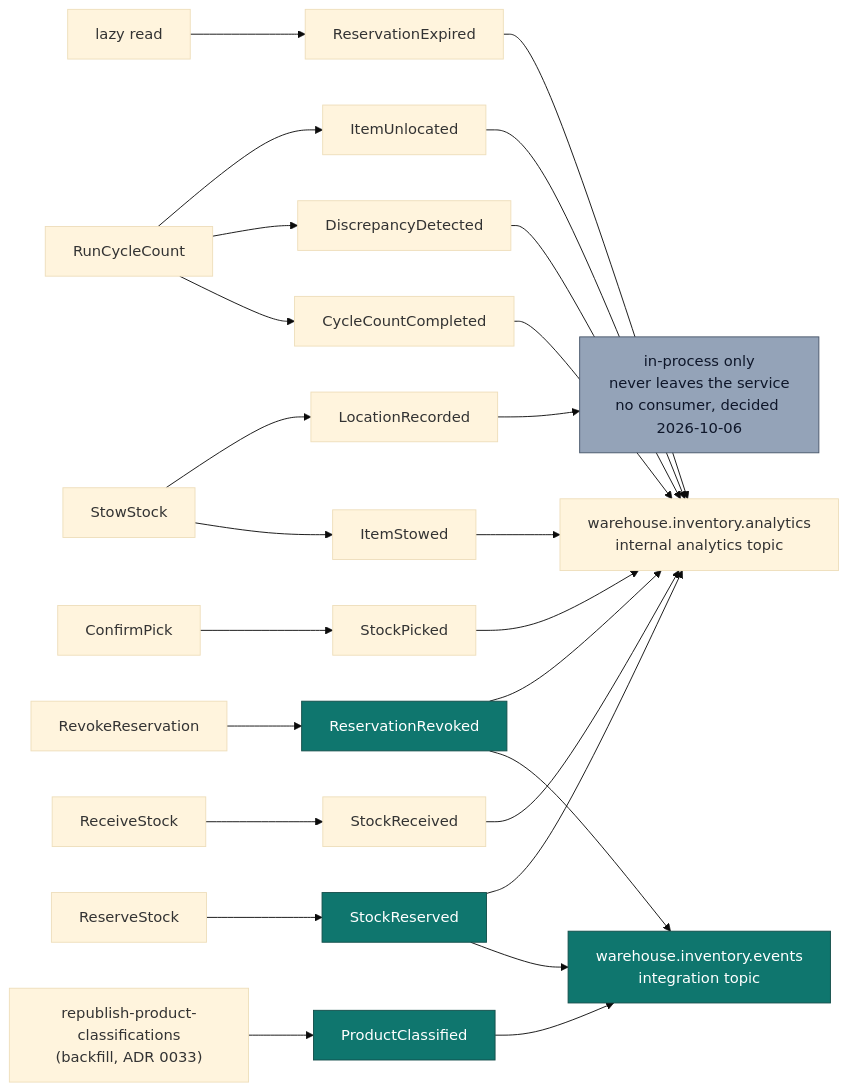
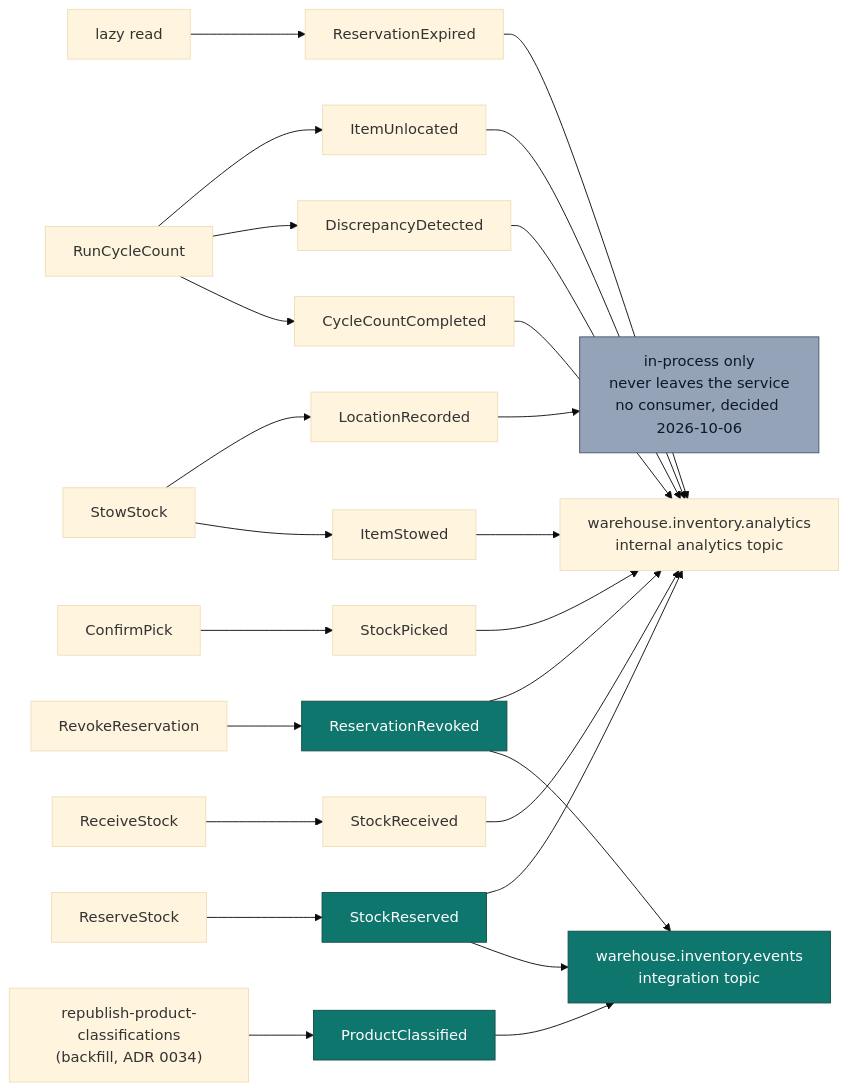
Before and after one commit to IQVO/inventory-storage: the diagram in docs/docs/ddd/domain-events.md, drawn with Mermaid (base theme). The commit also changed other lines of this file and 45 other files, not shown here.

````diff
--- a/docs/docs/ddd/domain-events.md
+++ b/docs/docs/ddd/domain-events.md
@@ -44,23 +44,23 @@
 ```mermaid
 flowchart LR
   RS["ReceiveStock"] --> E1["StockReceived"]
   SS["StowStock"] --> E2["ItemStowed"]
   SS --> E3["LocationRecorded"]
   RES["ReserveStock"] --> E4["StockReserved"]
   REV["RevokeReservation"] --> E5["ReservationRevoked"]
   CP["ConfirmPick"] --> E6["StockPicked"]
   CC["RunCycleCount"] --> E7["CycleCountCompleted"]
   CC --> E8["DiscrepancyDetected"]
   CC --> E9["ItemUnlocated"]
   EXP["lazy read"] --> E10["ReservationExpired"]
-  BF["republish-product-classifications<br/>(backfill, ADR 0033)"] --> E11["ProductClassified"]
+  BF["republish-product-classifications<br/>(backfill, ADR 0034)"] --> E11["ProductClassified"]
 
   E4 & E5 & E11 --> KAF["warehouse.inventory.events<br/>integration topic"]
   E1 & E2 & E4 & E5 & E6 & E7 & E8 & E9 & E10 --> ANA["warehouse.inventory.analytics<br/>internal analytics topic"]
   E3 --> LOG["in-process only<br/>never leaves the service<br/>no consumer, decided 2026-10-06"]
 
   classDef wired fill:#0f766e,stroke:#134e4a,color:#fff;
   classDef local fill:#94a3b8,stroke:#475569,color:#0f172a;
   class E4,E5,E11,KAF wired;
   class LOG local;
 ```
````
